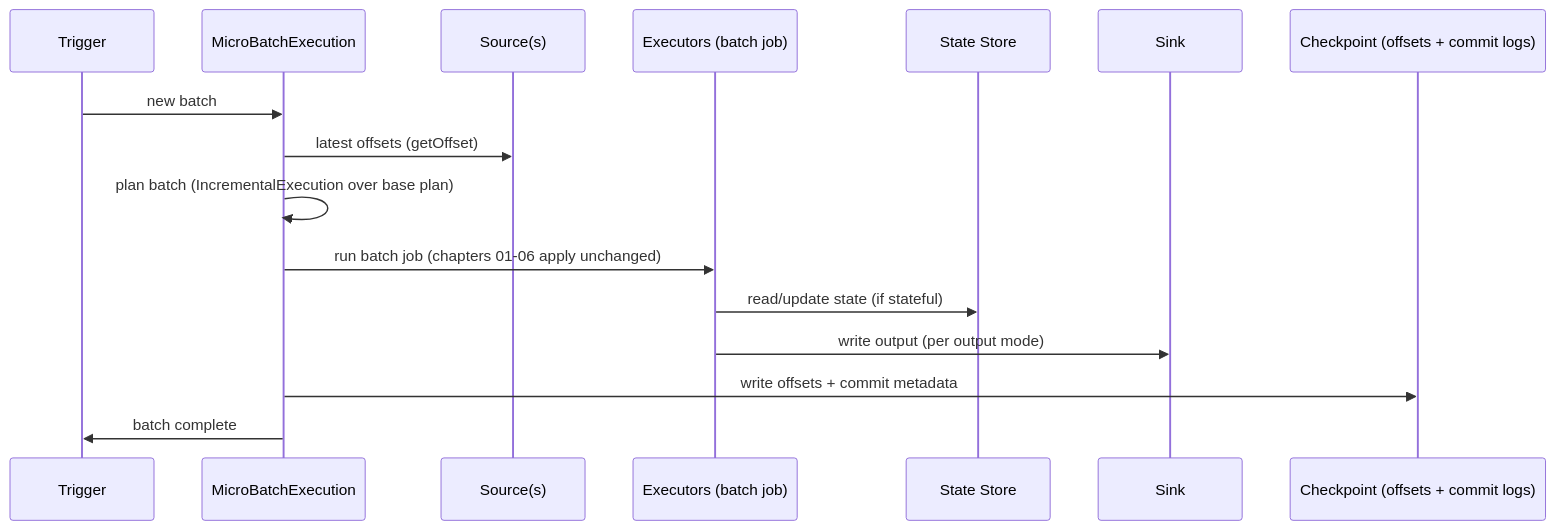
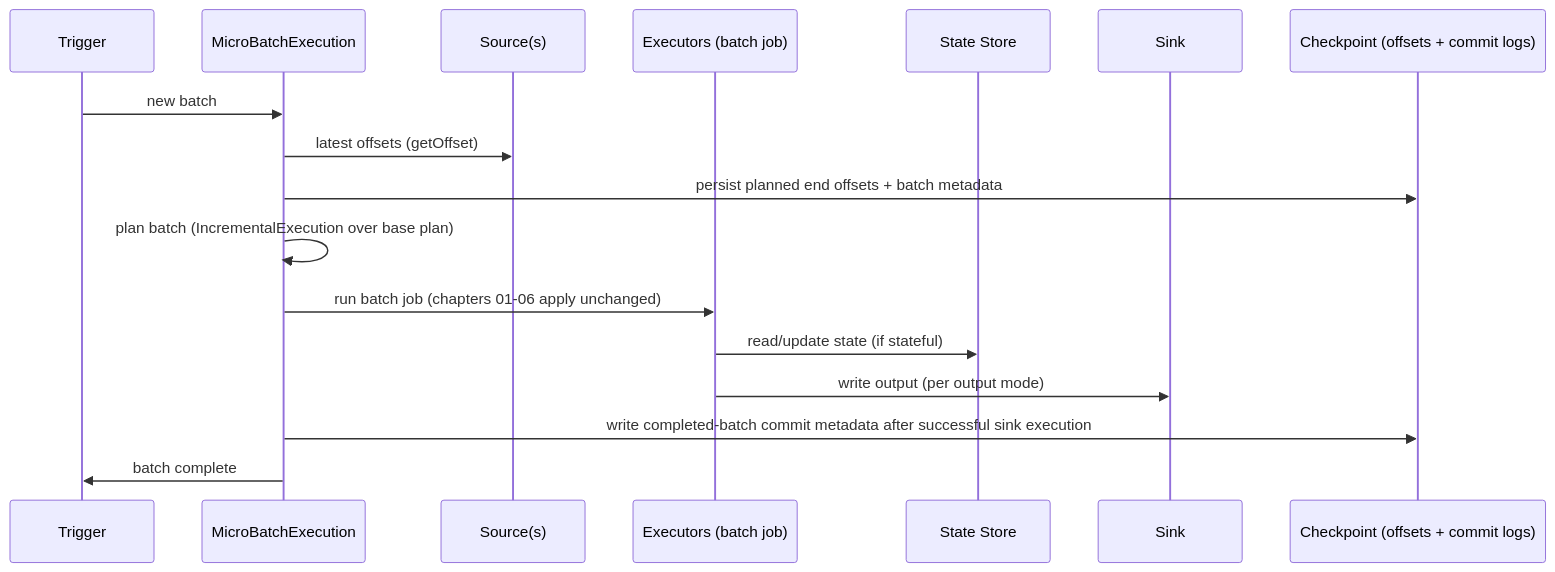
One commit to abhinnaagrawal/system-design-notes changed the diagram in Core Concepts/Spark Internals/10 - Structured Streaming Internals.md. Above: the diagram before and after it, drawn with Mermaid. The commit also changed other lines of this file and 83 other files, not shown here.

````diff
--- a/Core Concepts/Spark Internals/10 - Structured Streaming Internals.md
+++ b/Core Concepts/Spark Internals/10 - Structured Streaming Internals.md
@@ -48,19 +48,20 @@
 ```mermaid
 sequenceDiagram
     participant T as Trigger
     participant Q as MicroBatchExecution
     participant S as Source(s)
     participant E as Executors (batch job)
     participant ST as State Store
     participant K as Sink
     participant C as Checkpoint (offsets + commit logs)
 
     T->>Q: new batch
     Q->>S: latest offsets (getOffset)
+    Q->>C: persist planned end offsets + batch metadata
     Q->>Q: plan batch (IncrementalExecution over base plan)
     Q->>E: run batch job (chapters 01-06 apply unchanged)
     E->>ST: read/update state (if stateful)
     E->>K: write output (per output mode)
-    Q->>C: write offsets + commit metadata
+    Q->>C: write completed-batch commit metadata after successful sink execution
     Q->>T: batch complete
 ```
````
